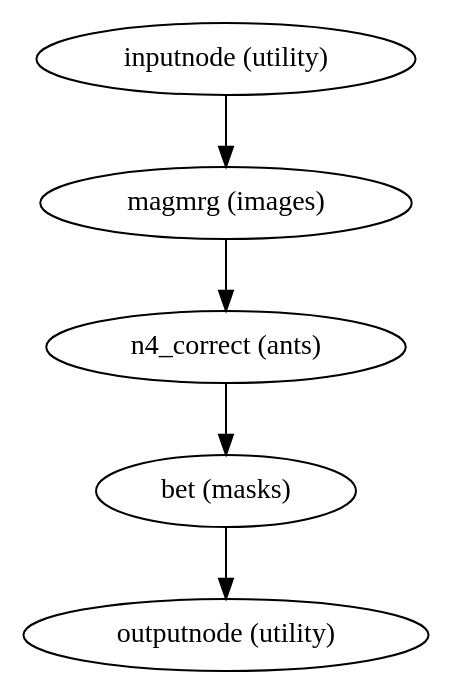
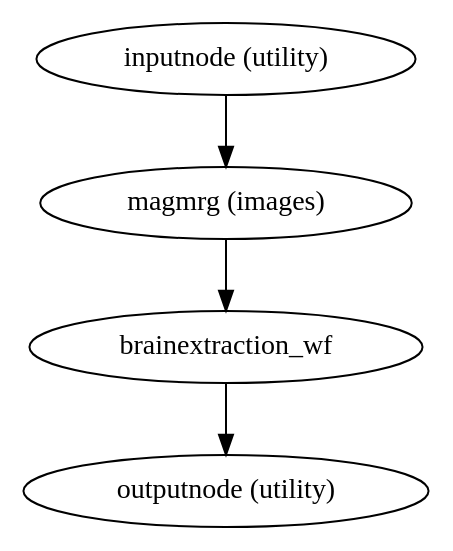
One commit to wayne009007/sdcflows changed the diagram in 2.0.0rc3/wf_directive/api/magnitude_wf/sdcflows-workflows-fit-fieldmap-2.dot. Above: the diagram before and after it, drawn with Graphviz. The commit also changed 3168 other files, not shown here.

```diff
--- a/2.0.0rc3/wf_directive/api/magnitude_wf/sdcflows-workflows-fit-fieldmap-2.dot
+++ b/2.0.0rc3/wf_directive/api/magnitude_wf/sdcflows-workflows-fit-fieldmap-2.dot
@@ -1,11 +1,9 @@
 strict digraph  {
 "inputnode (utility)";
 "magmrg (images)";
-"n4_correct (ants)";
-"bet (masks)";
+brainextraction_wf;
 "outputnode (utility)";
 "inputnode (utility)" -> "magmrg (images)";
-"magmrg (images)" -> "n4_correct (ants)";
-"n4_correct (ants)" -> "bet (masks)";
-"bet (masks)" -> "outputnode (utility)";
+"magmrg (images)" -> brainextraction_wf;
+brainextraction_wf -> "outputnode (utility)";
 }
```
